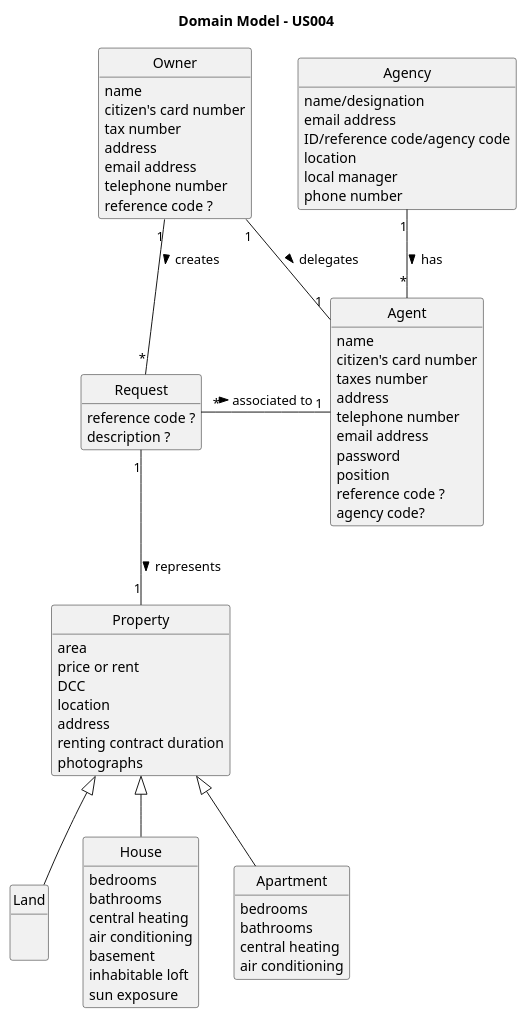
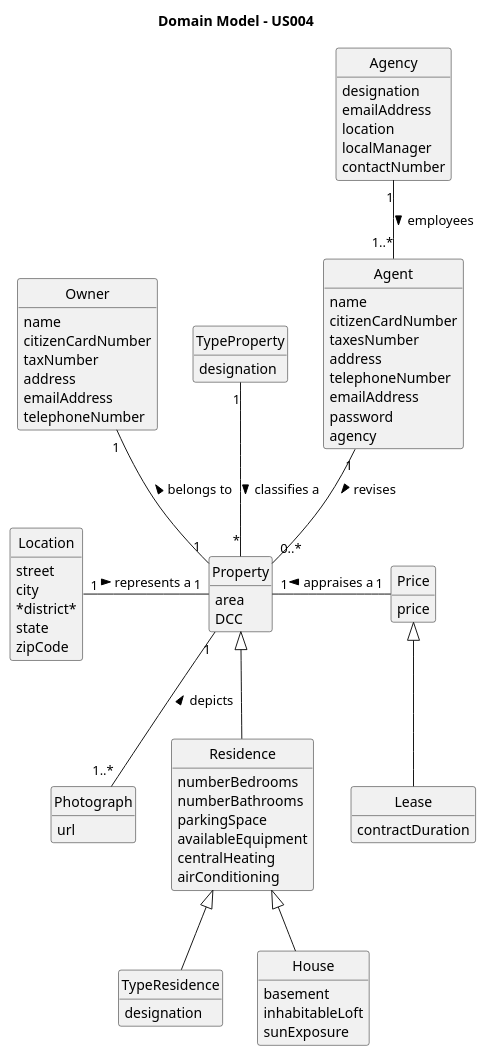
The diagram in docs/sprintA/us004/02.analysis/puml/us004-domain-model.puml (rita-barbosa/LAPR2-2223), drawn with PlantUML before and after one commit. The commit also changed 2 other files, not shown here.

```diff
--- a/docs/sprintA/us004/02.analysis/puml/us004-domain-model.puml
+++ b/docs/sprintA/us004/02.analysis/puml/us004-domain-model.puml
@@ -1,94 +1,100 @@
 @startuml
 skinparam monochrome true
 skinparam packageStyle rectangle
 skinparam shadowing false
 
 'left to right direction
 
 skinparam classAttributeIconSize 0
 
 hide circle
 hide methods
 
 title Domain Model - US004
 
-class Request{
-    reference code ?
-    description ?
+class Property {
+    area
+    DCC
 }
 
-
-class Property {
-    area
-    price or rent
-    DCC
-    location
-    address
-    renting contract duration
-    photographs
+class Photograph{
+    url
 }
 
-
-class Land extends Property{
-    \n
+class Lease extends Price{
+    contractDuration
 }
 
-class House extends Property{
-    bedrooms
-    bathrooms
-    central heating
-    air conditioning
-    basement
-    inhabitable loft
-    sun exposure
+class Price {
+    price
 }
 
-class Apartment extends Property{
-    bedrooms
-    bathrooms
-    central heating
-    air conditioning
+class Residence extends Property{
+    numberBedrooms
+    numberBathrooms
+    parkingSpace
+    availableEquipment
+    centralHeating
+    airConditioning
+}
+
+class Location{
+    street
+    city
+    *district*
+    state
+    zipCode
+}
+
+class TypeResidence extends Residence{
+    designation
+}
+
+class TypeProperty{
+    designation
+}
+
+class House extends Residence{
+    basement
+    inhabitableLoft
+    sunExposure
 }
 
 class Agent {
     name
-    citizen's card number
-    taxes number
+    citizenCardNumber
+    taxesNumber
     address
-    telephone number
-    email address
+    telephoneNumber
+    emailAddress
     password
-    position
-    reference code ?
-    agency code?
+    agency
 }
 
-
 class Agency {
-    name/designation
-    email address
-    ID/reference code/agency code
+    designation
+    emailAddress
     location
-    local manager
-    phone number
+    localManager
+    contactNumber
 }
-
-
-
 
 class Owner {
     name
-    citizen's card number
-    tax number
+    citizenCardNumber
+    taxNumber
     address
-    email address
-    telephone number
-    reference code ?
+    emailAddress
+    telephoneNumber
 }
 
-Request "1" -- "1" Property : represents >
-Agency "1" -- "*" Agent : has >
-Owner "1" -- "*" Request : creates >
-Request " *" - "1" Agent : associated to >
-Owner "1" -- "1" Agent : delegates >
+TypeProperty "1" -- "*" Property : classifies a >
+Price "1" -left- "1" Property : appraises a >
+Property "1" -up- "1" Owner : belongs to >
+Agent "1" -down- "0..*" Property : revises >
+Agency "1" -down- "1..*" Agent : employees >
+Photograph "1..*" -up- "1" Property : depicts >
+Location "1" -right- "1" Property : represents a >
+
+
 @enduml
```
